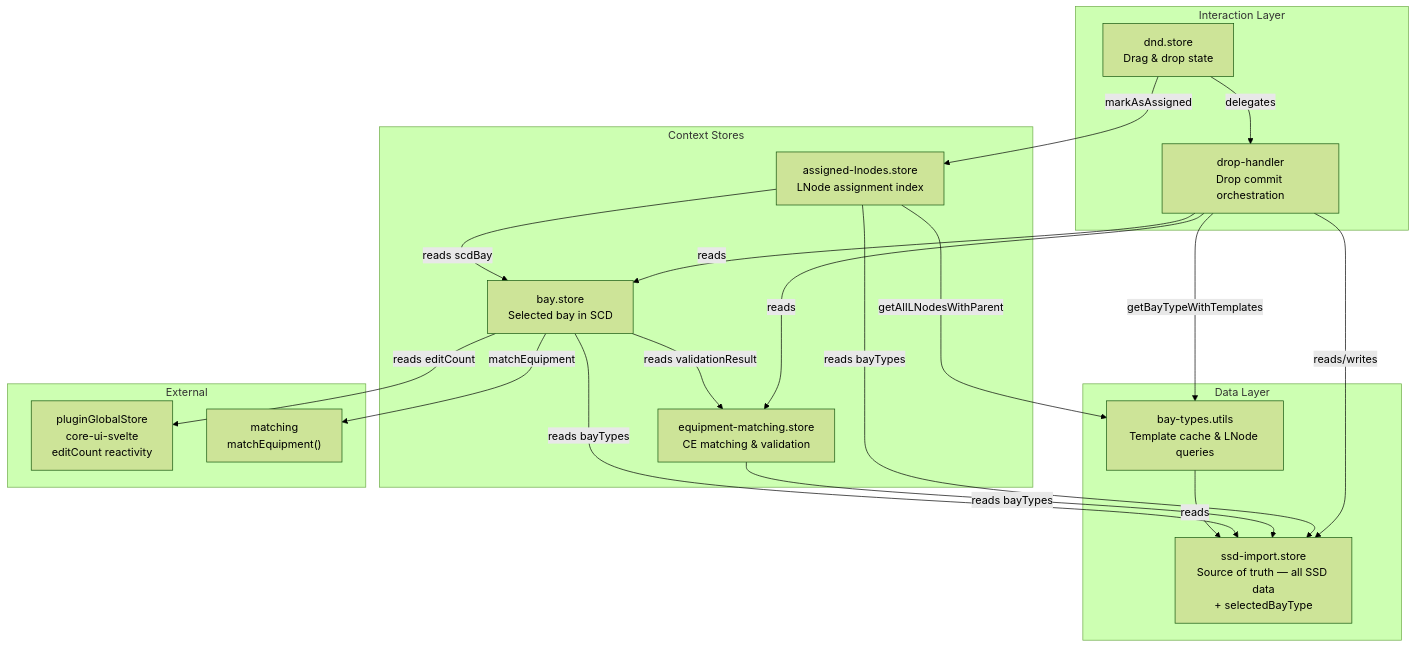
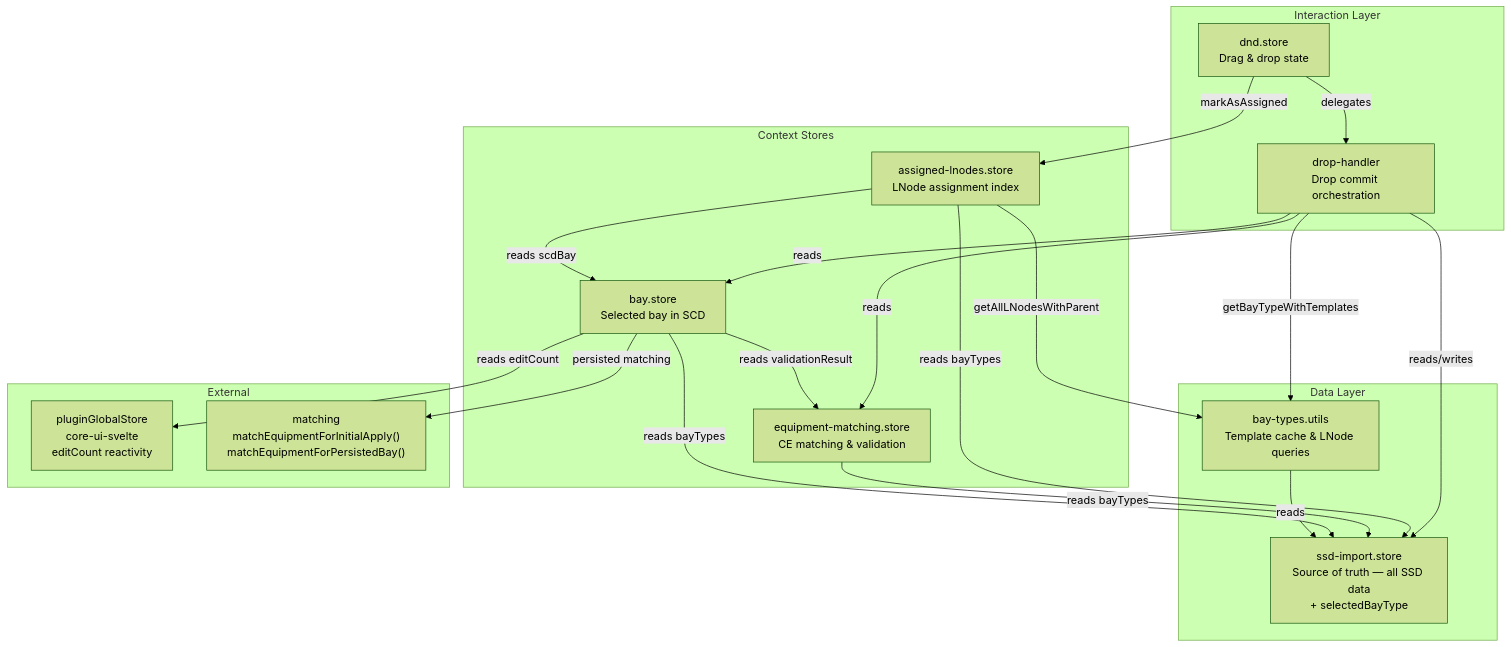
Before and after one commit to sprinteins/oscd-plugins: the diagram in packages/plugins/type-distributor/docs/concepts/store-architecture.md, drawn with Mermaid (forest theme). The commit also changed 30 other files, not shown here.

Commit message:
feat(dist): enhance equipment matching and assignment logic

````diff
--- a/packages/plugins/type-distributor/docs/concepts/store-architecture.md
+++ b/packages/plugins/type-distributor/docs/concepts/store-architecture.md
@@ -19,41 +19,41 @@
 ```mermaid
 flowchart TB
     subgraph DATA ["Data Layer"]
         SSD["ssd-import.store</br>Source of truth — all SSD data</br>+ selectedBayType"]
         BTU["bay-types.utils</br>Template cache & LNode queries"]
     end
 
     subgraph CONTEXT ["Context Stores"]
         BAY["bay.store</br>Selected bay in SCD"]
         EQM["equipment-matching.store</br>CE matching & validation"]
         ALN["assigned-lnodes.store</br>LNode assignment index"]
     end
 
     subgraph INTERACTION ["Interaction Layer"]
         DND["dnd.store</br>Drag & drop state"]
         DH["drop-handler</br>Drop commit orchestration"]
     end
 
     subgraph EXTERNAL ["External"]
         PGS["pluginGlobalStore</br>core-ui-svelte</br>editCount reactivity"]
-        MTH["matching</br>matchEquipment()"]
+        MTH["matching</br>matchEquipmentForInitialApply()</br>matchEquipmentForPersistedBay()"]
     end
 
     BTU -- reads --> SSD
     BAY -- reads bayTypes --> SSD
     EQM -- reads bayTypes --> SSD
     ALN -- reads bayTypes --> SSD
 
     BAY -- reads validationResult --> EQM
     BAY -- reads editCount --> PGS
-    BAY -- matchEquipment --> MTH
+    BAY -- persisted matching --> MTH
     ALN -- reads scdBay --> BAY
     ALN -- getAllLNodesWithParent --> BTU
 
     DND -- markAsAssigned --> ALN
     DND -- delegates --> DH
     DH -- reads/writes --> SSD
     DH -- reads --> BAY
     DH -- reads --> EQM
     DH -- getBayTypeWithTemplates --> BTU
 ```
````
